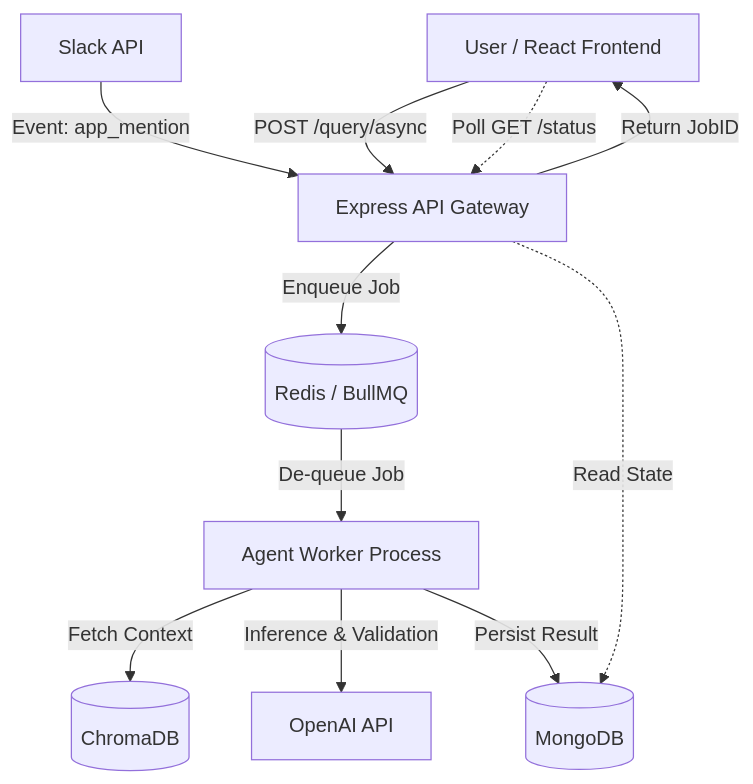
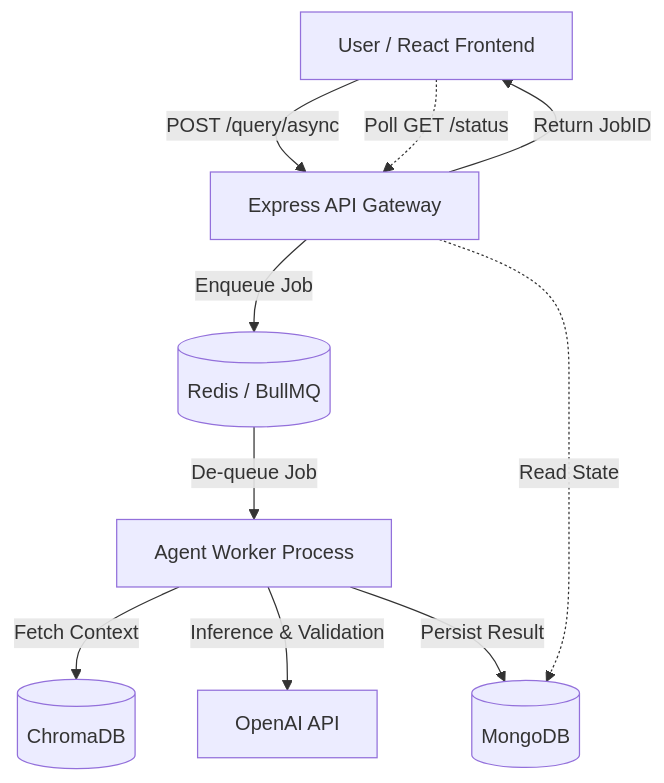
Before and after one commit to lalithmadhav11/VeriRAG: the first of 5 diagrams in README.md, drawn with Mermaid. The commit also changed other lines of this file, not shown here.

Commit message:
docs(readme): strip slack integration flow and architecture references

````diff
--- a/README.md
+++ b/README.md
@@ -46,26 +46,24 @@
 ```mermaid
 graph TD
     %% Entities
     User[User / React Frontend]
-    Slack[Slack API]
     API[Express API Gateway]
     Queue[(Redis / BullMQ)]
     Worker[Agent Worker Process]
     Mongo[(MongoDB)]
     Chroma[(ChromaDB)]
     LLM[OpenAI API]
 
     %% Flow
     User -->|POST /query/async| API
-    Slack -->|Event: app_mention| API
     API -->|Enqueue Job| Queue
     API -->|Return JobID| User
     
     Queue -->|De-queue Job| Worker
     Worker -->|Fetch Context| Chroma
     Worker -->|Inference & Validation| LLM
     Worker -->|Persist Result| Mongo
     
     User -.->|Poll GET /status| API
     API -.->|Read State| Mongo
 ```
````
